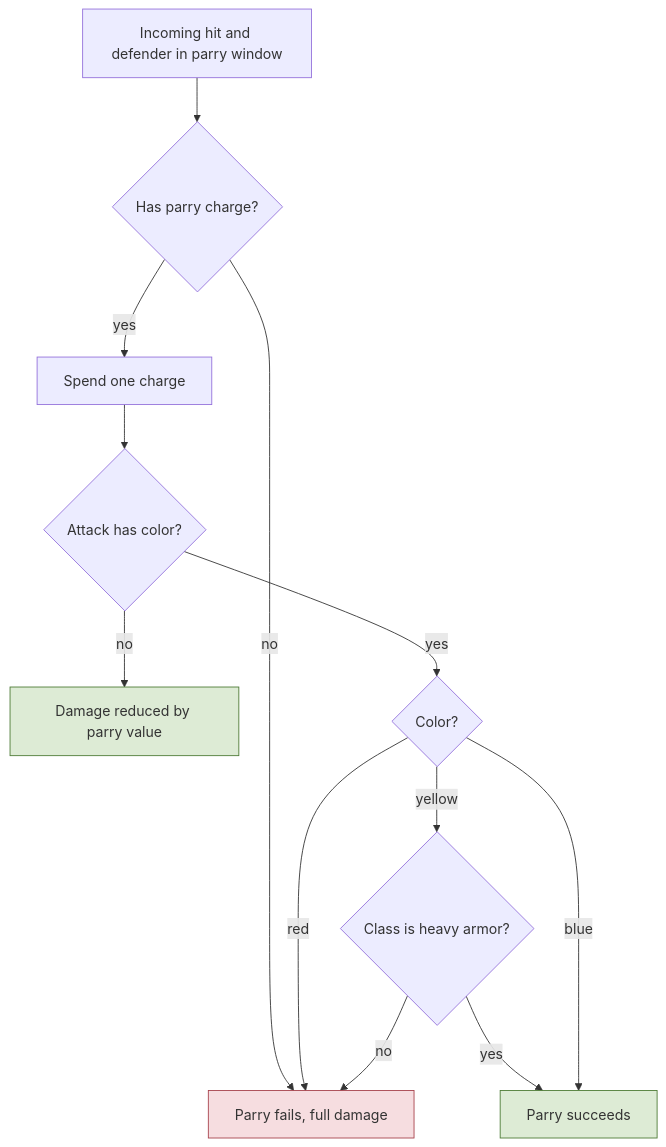
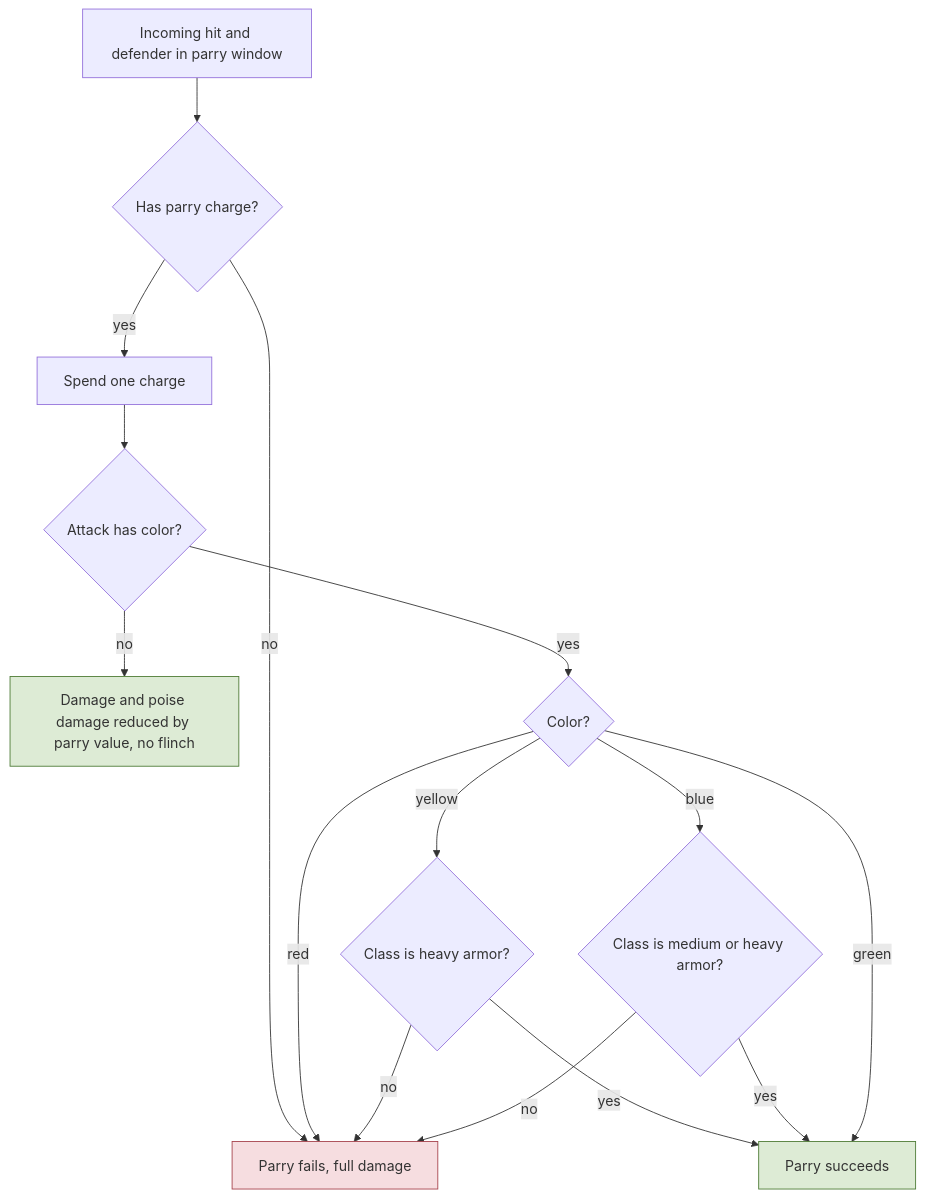
The third of 10 diagrams in docs/spec/03-combat-classes-progression.md (matheusstip1997/MMORPG-Project), drawn with Mermaid before and after one commit. The commit also changed other lines of this file and 60 other files, not shown here.

````diff
--- a/docs/spec/03-combat-classes-progression.md
+++ b/docs/spec/03-combat-classes-progression.md
@@ -178,27 +219,31 @@
 ```mermaid
 flowchart TB
     n0["Incoming hit and defender in parry window"]
     n1{"Has parry charge?"}
     n2["Parry fails, full damage"]
     n3["Spend one charge"]
     n4{"Attack has color?"}
-    n5["Damage reduced by parry value"]
+    n5["Damage and poise damage reduced by parry value, no flinch"]
     n6{"Color?"}
     n7{"Class is heavy armor?"}
+    n9{"Class is medium or heavy armor?"}
     n8["Parry succeeds"]
     n0 --> n1
     n1 -->|"no"| n2
     n1 -->|"yes"| n3
     n3 --> n4
     n4 -->|"no"| n5
     n4 -->|"yes"| n6
     n6 -->|"red"| n2
     n6 -->|"yellow"| n7
     n7 -->|"yes"| n8
     n7 -->|"no"| n2
-    n6 -->|"blue"| n8
+    n6 -->|"blue"| n9
+    n9 -->|"yes"| n8
+    n9 -->|"no"| n2
+    n6 -->|"green"| n8
     classDef neg fill:#f6dde0,stroke:#a6414b;
     classDef pos fill:#ddebd5,stroke:#4c7a34;
     class n2 neg;
     class n5,n8 pos;
 ```
````
